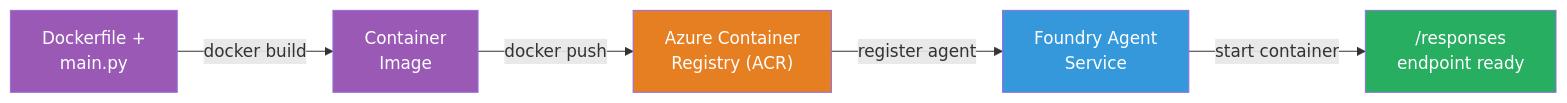
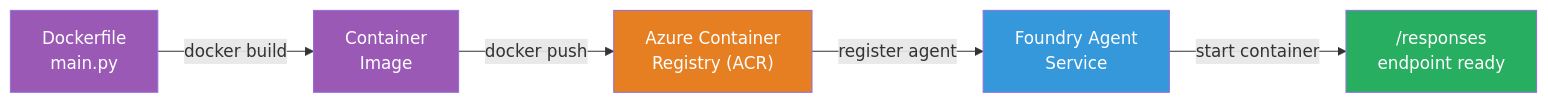
One commit to MinHeinA/Foundry_Toolkit_for_VSCode_Lab changed the diagram in workshop/lab01-single-agent/docs/05-deploy-to-foundry.md. Above: the diagram before and after it, drawn with Mermaid. The commit also changed other lines of this file and 8 other files, not shown here.

Commit message:
docs(lab01): refine module guidance and local test flow

````diff
--- a/workshop/lab01-single-agent/docs/05-deploy-to-foundry.md
+++ b/workshop/lab01-single-agent/docs/05-deploy-to-foundry.md
@@ -11,18 +11,18 @@
 ```mermaid
 flowchart LR
-    A["Dockerfile +
+    A["Dockerfile
     main.py"] -->|docker build| B["Container
     Image"]
     B -->|docker push| C["Azure Container
     Registry (ACR)"]
     C -->|register agent| D["Foundry Agent
     Service"]
     D -->|start container| E["/responses
     endpoint ready"]
 
     style A fill:#9B59B6,color:#fff
     style B fill:#9B59B6,color:#fff
     style C fill:#E67E22,color:#fff
     style D fill:#3498DB,color:#fff
     style E fill:#27AE60,color:#fff
 ```
````
